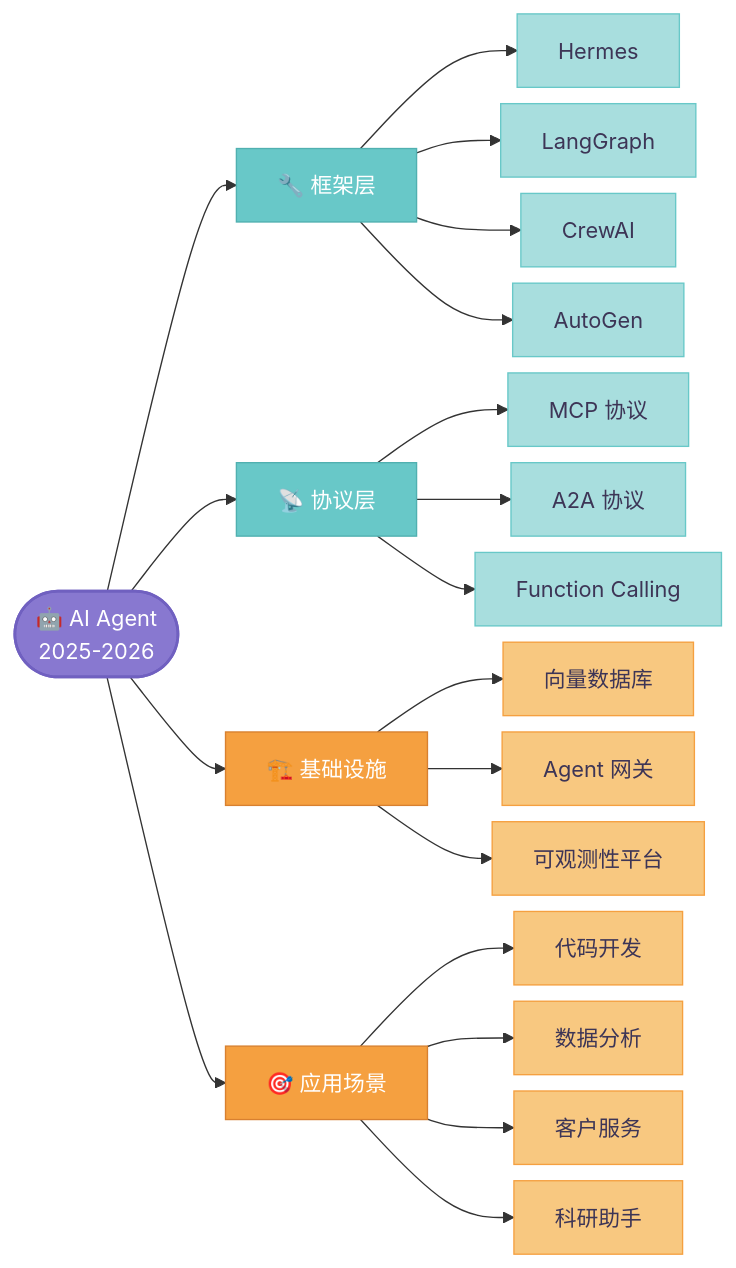
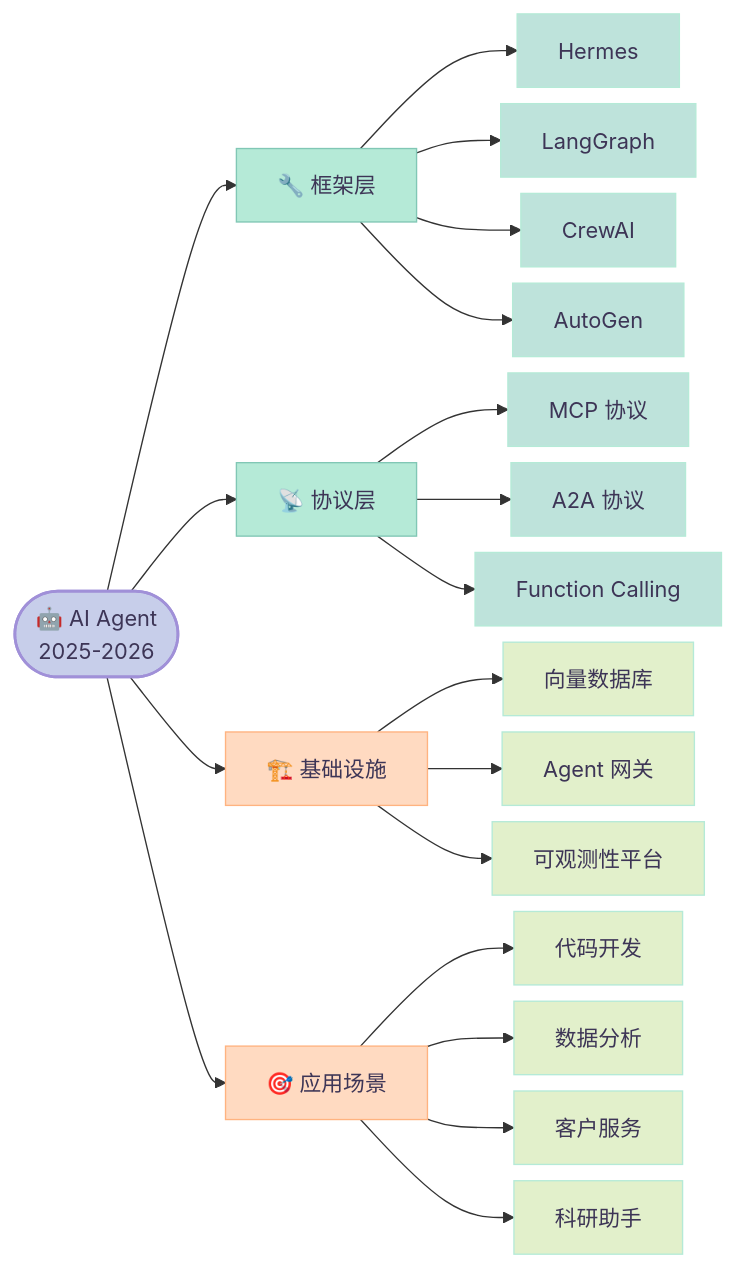
One commit to caoping0623/caoping0623.github.io changed the eighth of 12 diagrams in _posts/2026-04-15-ai-agent.md. Above: the diagram before and after it, drawn with Mermaid. The commit also changed other lines of this file, not shown here.

First line of the commit message:
style: update all mermaid diagram node colors to macaron (pastel) palette

```diff
--- a/_posts/2026-04-15-ai-agent.md
+++ b/_posts/2026-04-15-ai-agent.md
@@ -259,52 +259,52 @@
 <div class="mermaid">
 %%{init: {'flowchart': {'rankSpacing': 35, 'nodeSpacing': 12}}}%%
 graph LR
     ROOT(["🤖 AI Agent<br/>2025-2026"])
 
     ROOT --> F1["🔧 框架层"]
     ROOT --> P1["📡 协议层"]
     ROOT --> I1["🏗️ 基础设施"]
     ROOT --> A1["🎯 应用场景"]
 
     F1 --> F1a["Hermes"]
     F1 --> F1b["LangGraph"]
     F1 --> F1c["CrewAI"]
     F1 --> F1d["AutoGen"]
 
     P1 --> P1a["MCP 协议"]
     P1 --> P1b["A2A 协议"]
     P1 --> P1c["Function Calling"]
 
     I1 --> I1a["向量数据库"]
     I1 --> I1b["Agent 网关"]
     I1 --> I1c["可观测性平台"]
 
     A1 --> A1a["代码开发"]
     A1 --> A1b["数据分析"]
     A1 --> A1c["客户服务"]
     A1 --> A1d["科研助手"]
 
-    style ROOT fill:#8878d0,color:#ffffff,stroke:#7060c0,stroke-width:2px
+    style ROOT fill:#c7ceea,color:#3d3556,stroke:#a090d8,stroke-width:2px
 
-    style F1 fill:#68c8c8,color:#ffffff,stroke:#50b0b0
-    style F1a fill:#a8dede,color:#3d3556,stroke:#68c8c8
-    style F1b fill:#a8dede,color:#3d3556,stroke:#68c8c8
-    style F1c fill:#a8dede,color:#3d3556,stroke:#68c8c8
-    style F1d fill:#a8dede,color:#3d3556,stroke:#68c8c8
+    style F1 fill:#b5ead7,color:#3d3556,stroke:#81c7b5
+    style F1a fill:#bee3db,color:#3d3556,stroke:#b5ead7
+    style F1b fill:#bee3db,color:#3d3556,stroke:#b5ead7
+    style F1c fill:#bee3db,color:#3d3556,stroke:#b5ead7
+    style F1d fill:#bee3db,color:#3d3556,stroke:#b5ead7
 
-    style P1 fill:#68c8c8,color:#ffffff,stroke:#50b0b0
-    style P1a fill:#a8dede,color:#3d3556,stroke:#68c8c8
-    style P1b fill:#a8dede,color:#3d3556,stroke:#68c8c8
-    style P1c fill:#a8dede,color:#3d3556,stroke:#68c8c8
+    style P1 fill:#b5ead7,color:#3d3556,stroke:#81c7b5
+    style P1a fill:#bee3db,color:#3d3556,stroke:#b5ead7
+    style P1b fill:#bee3db,color:#3d3556,stroke:#b5ead7
+    style P1c fill:#bee3db,color:#3d3556,stroke:#b5ead7
 
-    style I1 fill:#f5a040,color:#ffffff,stroke:#d88030
-    style I1a fill:#f8c880,color:#3d3556,stroke:#f5a040
-    style I1b fill:#f8c880,color:#3d3556,stroke:#f5a040
-    style I1c fill:#f8c880,color:#3d3556,stroke:#f5a040
+    style I1 fill:#ffdac1,color:#3d3556,stroke:#ffb380
+    style I1a fill:#e2f0cb,color:#3d3556,stroke:#b5ead7
+    style I1b fill:#e2f0cb,color:#3d3556,stroke:#b5ead7
+    style I1c fill:#e2f0cb,color:#3d3556,stroke:#b5ead7
 
-    style A1 fill:#f5a040,color:#ffffff,stroke:#d88030
-    style A1a fill:#f8c880,color:#3d3556,stroke:#f5a040
-    style A1b fill:#f8c880,color:#3d3556,stroke:#f5a040
-    style A1c fill:#f8c880,color:#3d3556,stroke:#f5a040
-    style A1d fill:#f8c880,color:#3d3556,stroke:#f5a040
+    style A1 fill:#ffdac1,color:#3d3556,stroke:#ffb380
+    style A1a fill:#e2f0cb,color:#3d3556,stroke:#b5ead7
+    style A1b fill:#e2f0cb,color:#3d3556,stroke:#b5ead7
+    style A1c fill:#e2f0cb,color:#3d3556,stroke:#b5ead7
+    style A1d fill:#e2f0cb,color:#3d3556,stroke:#b5ead7
 </div>
```
